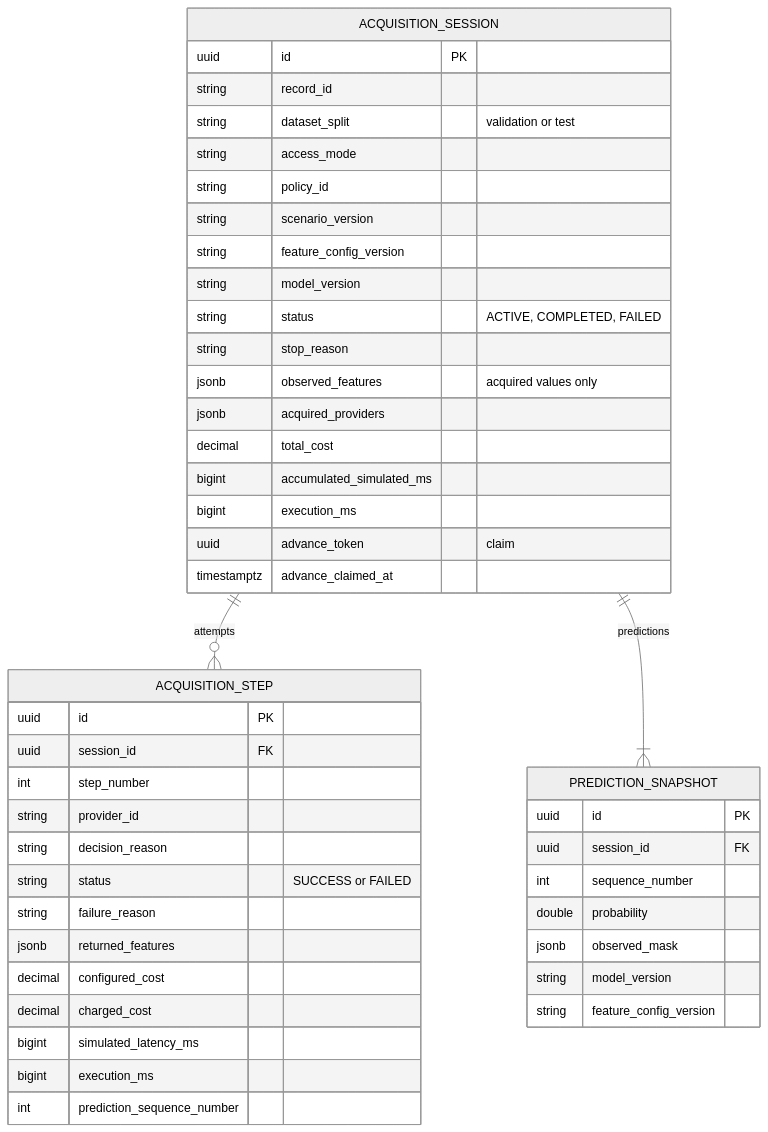
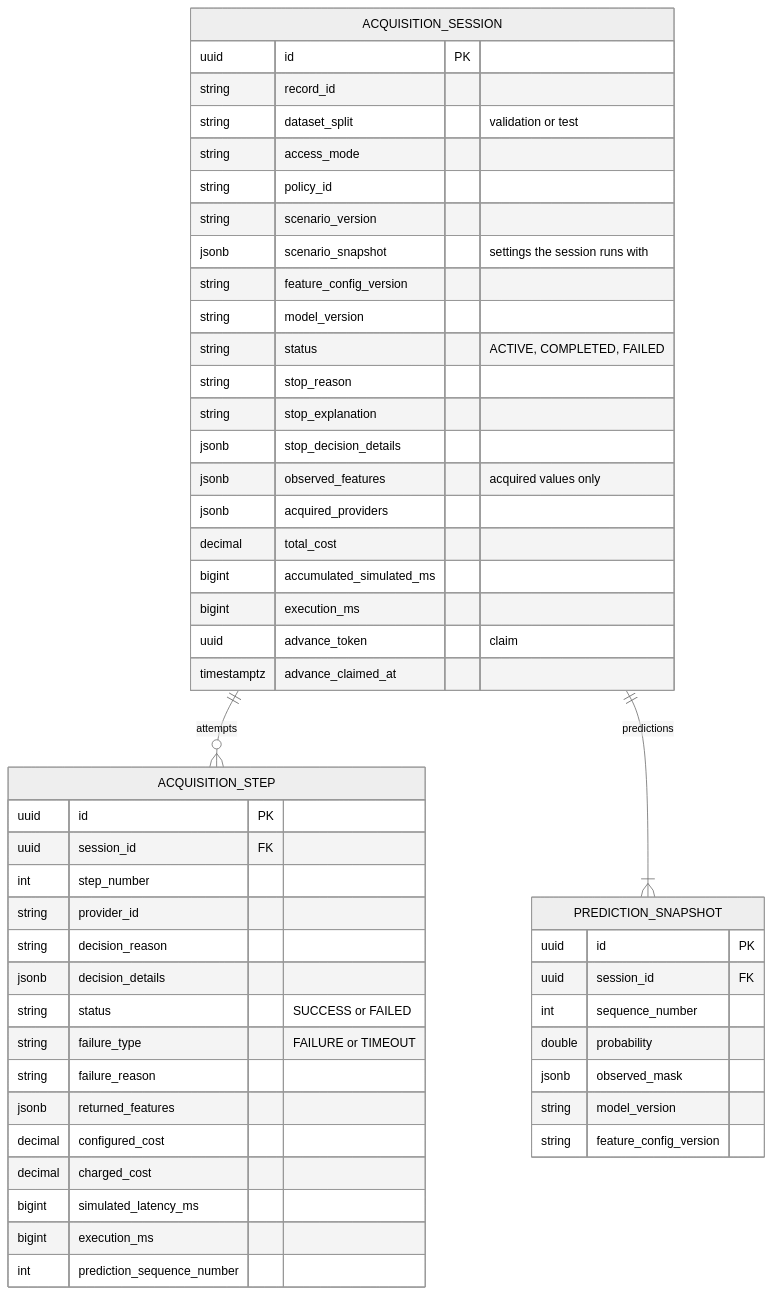
Before and after one commit to KseniiaMakarova/provider-aware-acquisition: the seventh of 8 diagrams in docs/architecture.md, drawn with Mermaid (neutral theme). The commit also changed other lines of this file and 3 other files, not shown here.

````diff
--- a/docs/architecture.md
+++ b/docs/architecture.md
@@ -263,48 +356,53 @@
 ```mermaid
 erDiagram
     ACQUISITION_SESSION ||--o{ ACQUISITION_STEP : "attempts"
     ACQUISITION_SESSION ||--|{ PREDICTION_SNAPSHOT : "predictions"
     ACQUISITION_SESSION {
         uuid id PK
         string record_id
         string dataset_split "validation or test"
         string access_mode
         string policy_id
         string scenario_version
+        jsonb scenario_snapshot "settings the session runs with"
         string feature_config_version
         string model_version
         string status "ACTIVE, COMPLETED, FAILED"
         string stop_reason
+        string stop_explanation
+        jsonb stop_decision_details
         jsonb observed_features "acquired values only"
         jsonb acquired_providers
         decimal total_cost
         bigint accumulated_simulated_ms
         bigint execution_ms
         uuid advance_token "claim"
         timestamptz advance_claimed_at
     }
     ACQUISITION_STEP {
         uuid id PK
         uuid session_id FK
         int step_number
         string provider_id
         string decision_reason
+        jsonb decision_details
         string status "SUCCESS or FAILED"
+        string failure_type "FAILURE or TIMEOUT"
         string failure_reason
         jsonb returned_features
         decimal configured_cost
         decimal charged_cost
         bigint simulated_latency_ms
         bigint execution_ms
         int prediction_sequence_number
     }
     PREDICTION_SNAPSHOT {
         uuid id PK
         uuid session_id FK
         int sequence_number
         double probability
         jsonb observed_mask
         string model_version
         string feature_config_version
     }
 ```
````
